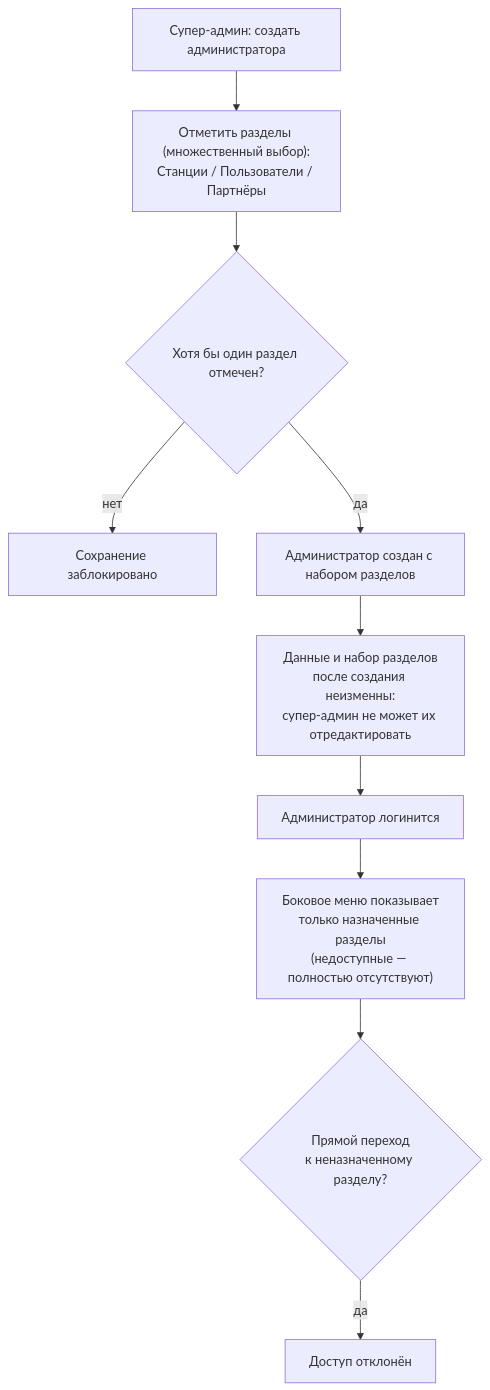
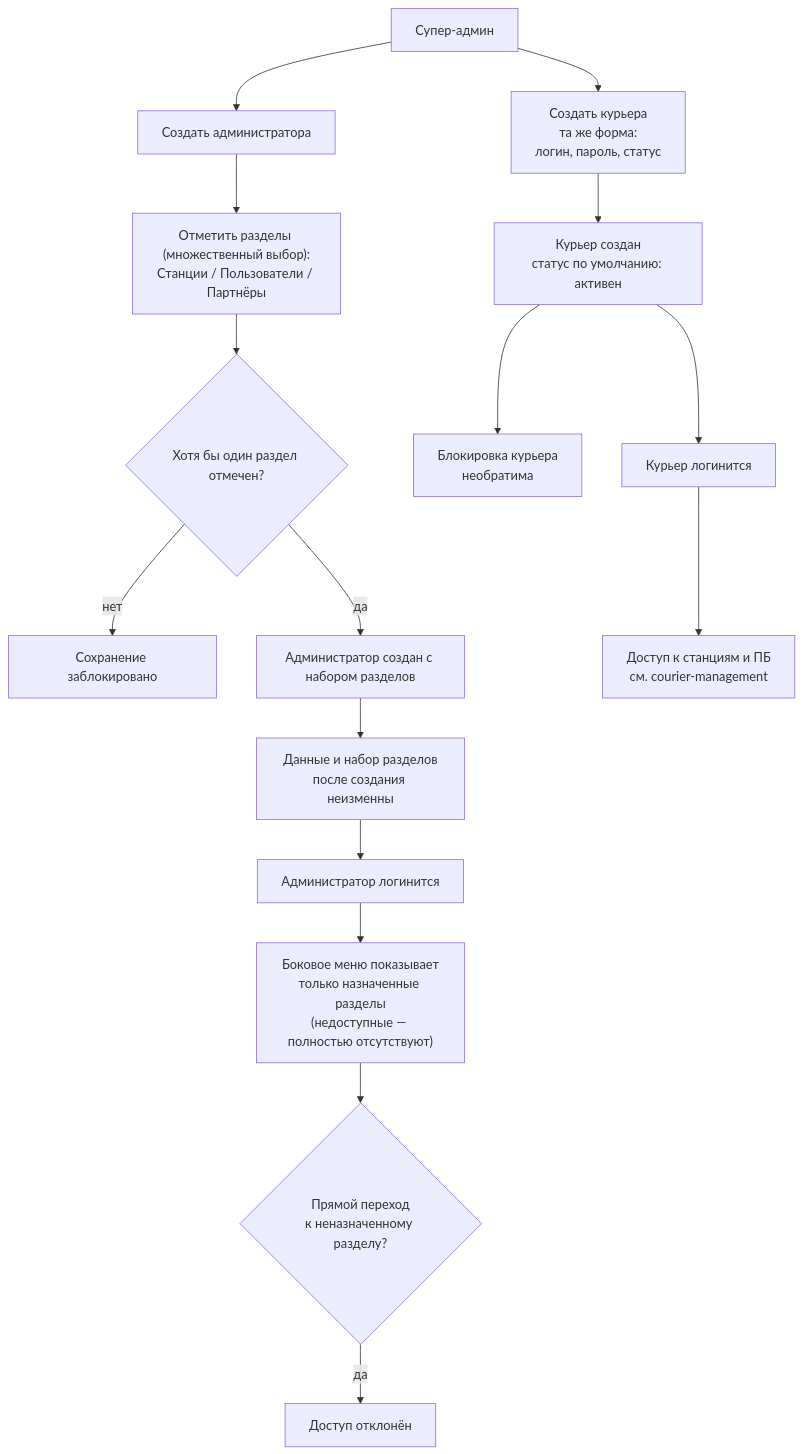
The first of 3 diagrams in gozap-documentation/sa/docs/admin/admin-roles/diagrams/overview.md (yatsin11-gif/example), drawn with Mermaid before and after one commit. The commit also changed other lines of this file and 7 other files, not shown here.

First line of the commit message:
admin-roles: add courier role to role model (spec, criteria, tasks, jira, qa, diagrams)

````diff
--- a/gozap-documentation/sa/docs/admin/admin-roles/diagrams/overview.md
+++ b/gozap-documentation/sa/docs/admin/admin-roles/diagrams/overview.md
@@ -7,12 +7,18 @@
 ```mermaid
 flowchart TD
-    S1[Супер-админ: создать администратора] --> S2["Отметить разделы (множественный выбор):<br/>Станции / Пользователи / Партнёры"]
+    SA[Супер-админ] --> CREATE_A[Создать администратора]
+    SA --> CREATE_C[Создать курьера<br/>та же форма:<br/>логин, пароль, статус]
+    CREATE_A --> S2["Отметить разделы (множественный выбор):<br/>Станции / Пользователи / Партнёры"]
     S2 --> V{Хотя бы один раздел отмечен?}
     V -->|нет| ERR[Сохранение заблокировано]
     V -->|да| S3[Администратор создан с набором разделов]
-    S3 --> EDIT[Данные и набор разделов<br/>после создания неизменны:<br/>супер-админ не может их отредактировать]
+    S3 --> EDIT[Данные и набор разделов<br/>после создания неизменны]
     EDIT --> L[Администратор логинится]
     L --> N["Боковое меню показывает<br/>только назначенные разделы<br/>(недоступные — полностью отсутствуют)"]
     N --> D{Прямой переход<br/>к неназначенному разделу?}
     D -->|да| BLOCK[Доступ отклонён]
+    CREATE_C --> CC[Курьер создан<br/>статус по умолчанию: активен]
+    CC --> CBLOCK[Блокировка курьера<br/>необратима]
+    CC --> CL[Курьер логинится]
+    CL --> CVIEW[Доступ к станциям и ПБ<br/>см. courier-management]
 ```
````
